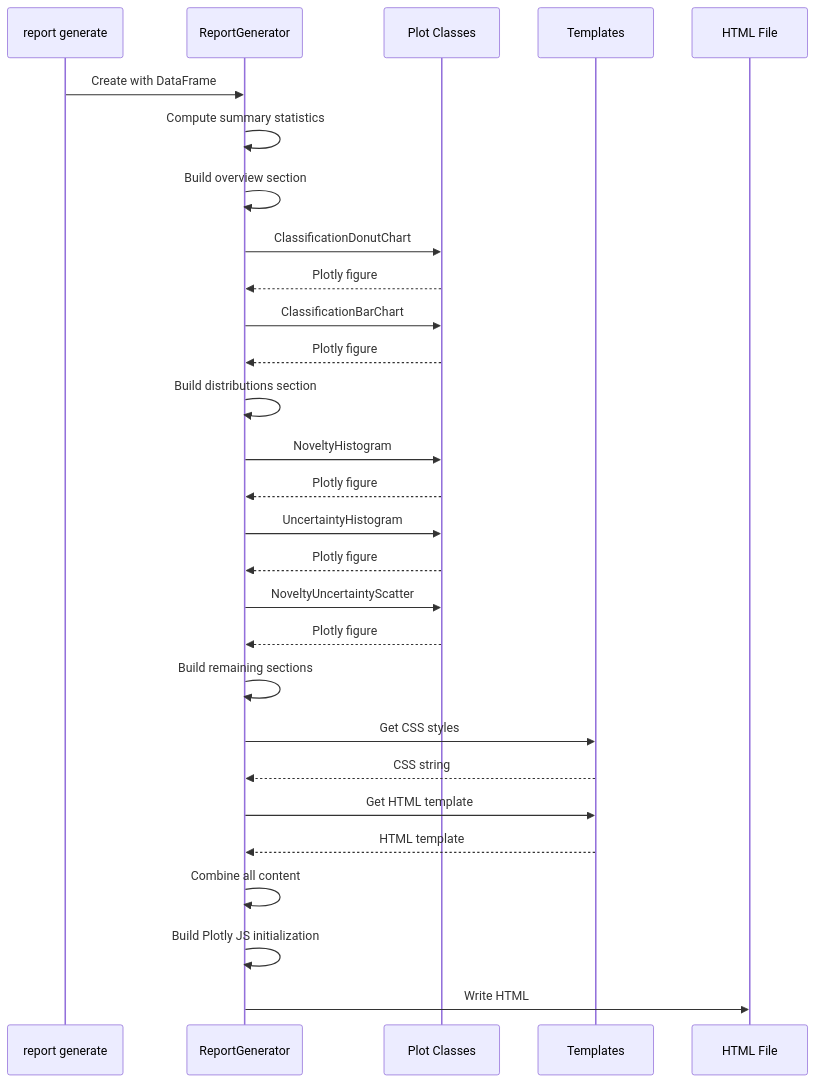
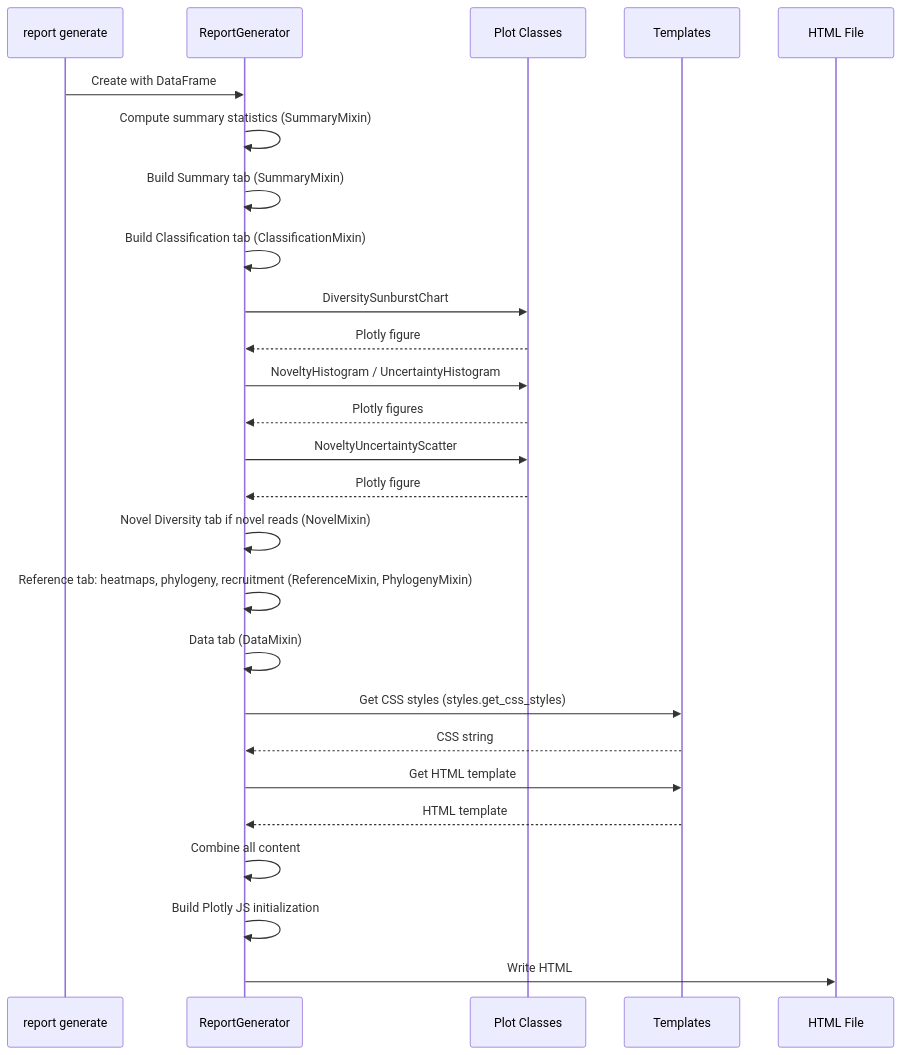
Before and after one commit to FOI-Bioinformatics/metadarkmatter: diagram 13 of 20 in docs/ARCHITECTURE.md, drawn with Mermaid. The commit also changed other lines of this file and 3 other files, not shown here.

````diff
--- a/docs/ARCHITECTURE.md
+++ b/docs/ARCHITECTURE.md
@@ -507,37 +538,35 @@
 ```mermaid
 sequenceDiagram
     participant CLI as report generate
     participant Gen as ReportGenerator
     participant Plots as Plot Classes
     participant Template as Templates
     participant File as HTML File
 
     CLI->>Gen: Create with DataFrame
-    Gen->>Gen: Compute summary statistics
+    Gen->>Gen: Compute summary statistics (SummaryMixin)
 
-    Gen->>Gen: Build overview section
-    Gen->>Plots: ClassificationDonutChart
+    Gen->>Gen: Build Summary tab (SummaryMixin)
+
+    Gen->>Gen: Build Classification tab (ClassificationMixin)
+    Gen->>Plots: DiversitySunburstChart
     Plots-->>Gen: Plotly figure
-    Gen->>Plots: ClassificationBarChart
-    Plots-->>Gen: Plotly figure
-
-    Gen->>Gen: Build distributions section
-    Gen->>Plots: NoveltyHistogram
-    Plots-->>Gen: Plotly figure
-    Gen->>Plots: UncertaintyHistogram
-    Plots-->>Gen: Plotly figure
+    Gen->>Plots: NoveltyHistogram / UncertaintyHistogram
+    Plots-->>Gen: Plotly figures
     Gen->>Plots: NoveltyUncertaintyScatter
     Plots-->>Gen: Plotly figure
 
-    Gen->>Gen: Build remaining sections
+    Gen->>Gen: Novel Diversity tab if novel reads (NovelMixin)
+    Gen->>Gen: Reference tab: heatmaps, phylogeny, recruitment (ReferenceMixin, PhylogenyMixin)
+    Gen->>Gen: Data tab (DataMixin)
 
-    Gen->>Template: Get CSS styles
+    Gen->>Template: Get CSS styles (styles.get_css_styles)
     Template-->>Gen: CSS string
     Gen->>Template: Get HTML template
     Template-->>Gen: HTML template
 
     Gen->>Gen: Combine all content
     Gen->>Gen: Build Plotly JS initialization
 
     Gen->>File: Write HTML
 ```
````
